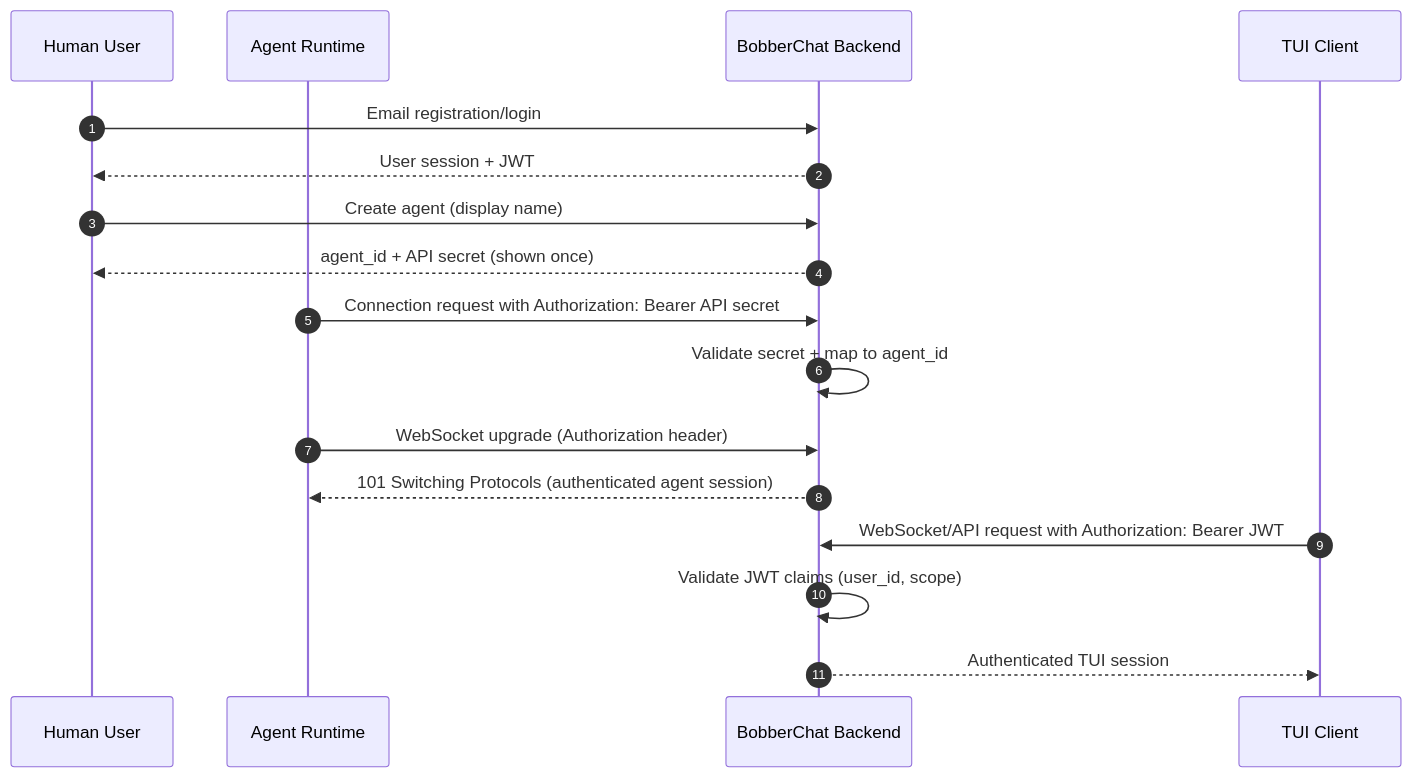
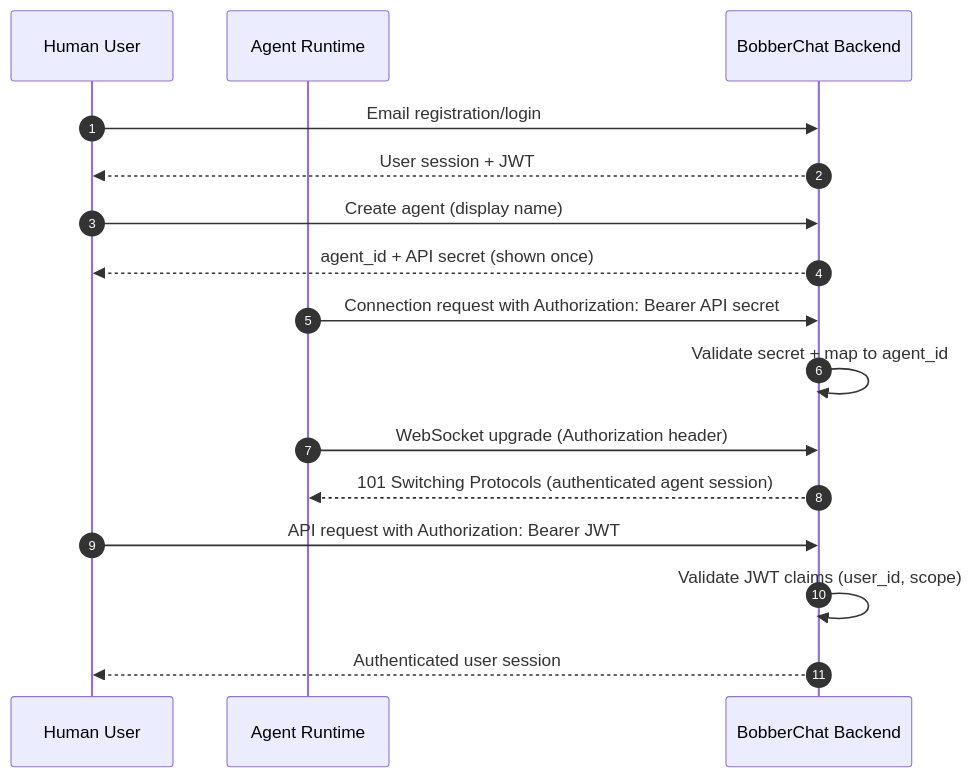
The fourth of 8 diagrams in docs/architecture/design-spec.md (YourBroDuke/bobberchat), drawn with Mermaid before and after one commit. The commit also changed other lines of this file and 15 other files, not shown here.

````diff
--- a/docs/architecture/design-spec.md
+++ b/docs/architecture/design-spec.md
@@ -591,23 +571,22 @@
 ```mermaid
 sequenceDiagram
     autonumber
     participant U as Human User
     participant A as Agent Runtime
     participant B as BobberChat Backend
-    participant T as TUI Client
 
     U->>B: Email registration/login
     B-->>U: User session + JWT
 
     U->>B: Create agent (display name)
     B-->>U: agent_id + API secret (shown once)
 
     A->>B: Connection request with Authorization: Bearer API secret
     B->>B: Validate secret + map to agent_id
     A->>B: WebSocket upgrade (Authorization header)
     B-->>A: 101 Switching Protocols (authenticated agent session)
 
-    T->>B: WebSocket/API request with Authorization: Bearer JWT
+    U->>B: API request with Authorization: Bearer JWT
     B->>B: Validate JWT claims (user_id, scope)
-    B-->>T: Authenticated TUI session
+    B-->>U: Authenticated user session
 ```
````
